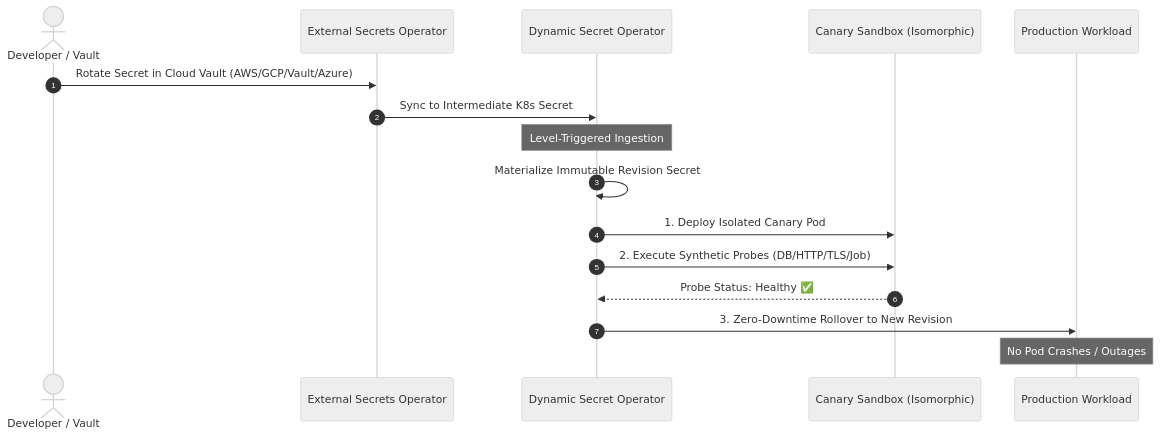
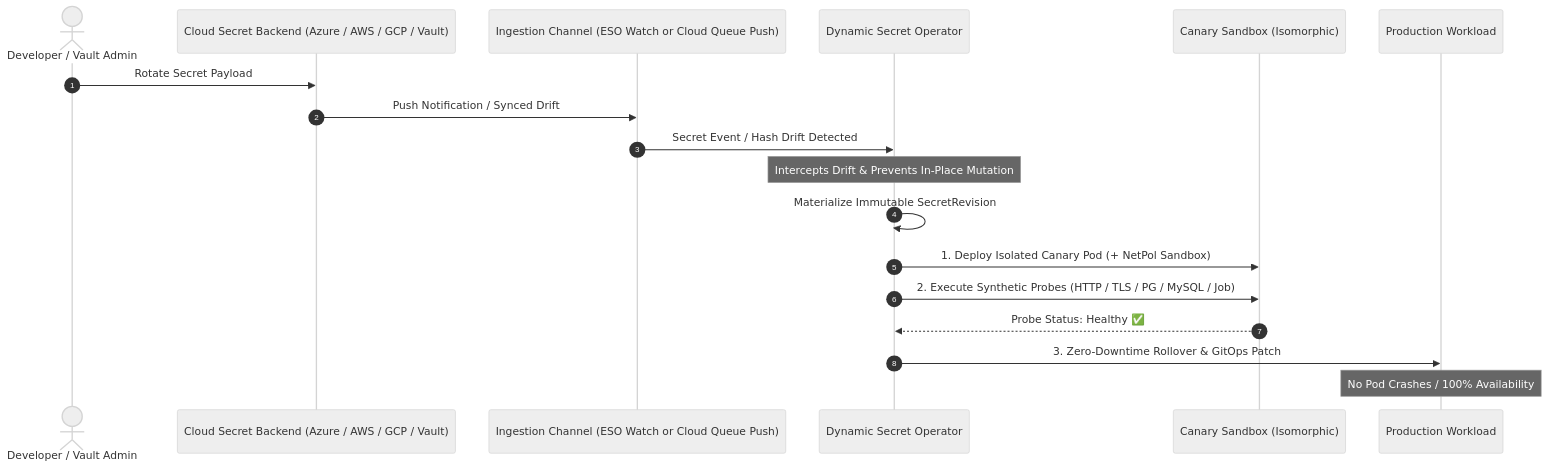
One commit to quantumsys-dev/dynamic-secret-operator changed the diagram in docs/getting-started.md. Above: the diagram before and after it, drawn with Mermaid (neutral theme). The commit also changed other lines of this file and 7 other files, not shown here.

````diff
--- a/docs/getting-started.md
+++ b/docs/getting-started.md
@@ -30,19 +30,21 @@
 ```mermaid
 sequenceDiagram
     autonumber
-    actor Dev as Developer / Vault
-    participant ESO as External Secrets Operator
+    actor Dev as Developer / Vault Admin
+    participant Vault as Cloud Secret Backend (Azure / AWS / GCP / Vault)
+    participant Ingestion as Ingestion Channel (ESO Watch or Cloud Queue Push)
     participant DSO as Dynamic Secret Operator
     participant Canary as Canary Sandbox (Isomorphic)
     participant Target as Production Workload
 
-    Dev->>ESO: Rotate Secret in Cloud Vault (AWS/GCP/Vault/Azure)
-    ESO->>DSO: Sync to Intermediate K8s Secret
-    Note over DSO: Level-Triggered Ingestion
-    DSO->>DSO: Materialize Immutable Revision Secret
-    DSO->>Canary: 1. Deploy Isolated Canary Pod
-    DSO->>Canary: 2. Execute Synthetic Probes (DB/HTTP/TLS/Job)
+    Dev->>Vault: Rotate Secret Payload
+    Vault->>Ingestion: Push Notification / Synced Drift
+    Ingestion->>DSO: Secret Event / Hash Drift Detected
+    Note over DSO: Intercepts Drift & Prevents In-Place Mutation
+    DSO->>DSO: Materialize Immutable SecretRevision
+    DSO->>Canary: 1. Deploy Isolated Canary Pod (+ NetPol Sandbox)
+    DSO->>Canary: 2. Execute Synthetic Probes (HTTP / TLS / PG / MySQL / Job)
     Canary-->>DSO: Probe Status: Healthy ✅
-    DSO->>Target: 3. Zero-Downtime Rollover to New Revision
-    Note over Target: No Pod Crashes / Outages
+    DSO->>Target: 3. Zero-Downtime Rollover & GitOps Patch
+    Note over Target: No Pod Crashes / 100% Availability
 ```
````
